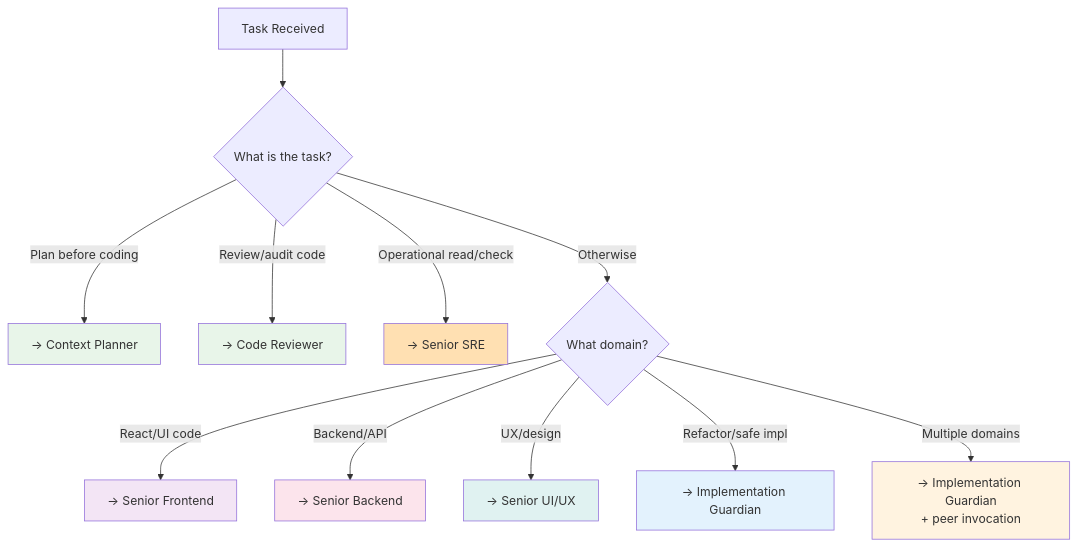
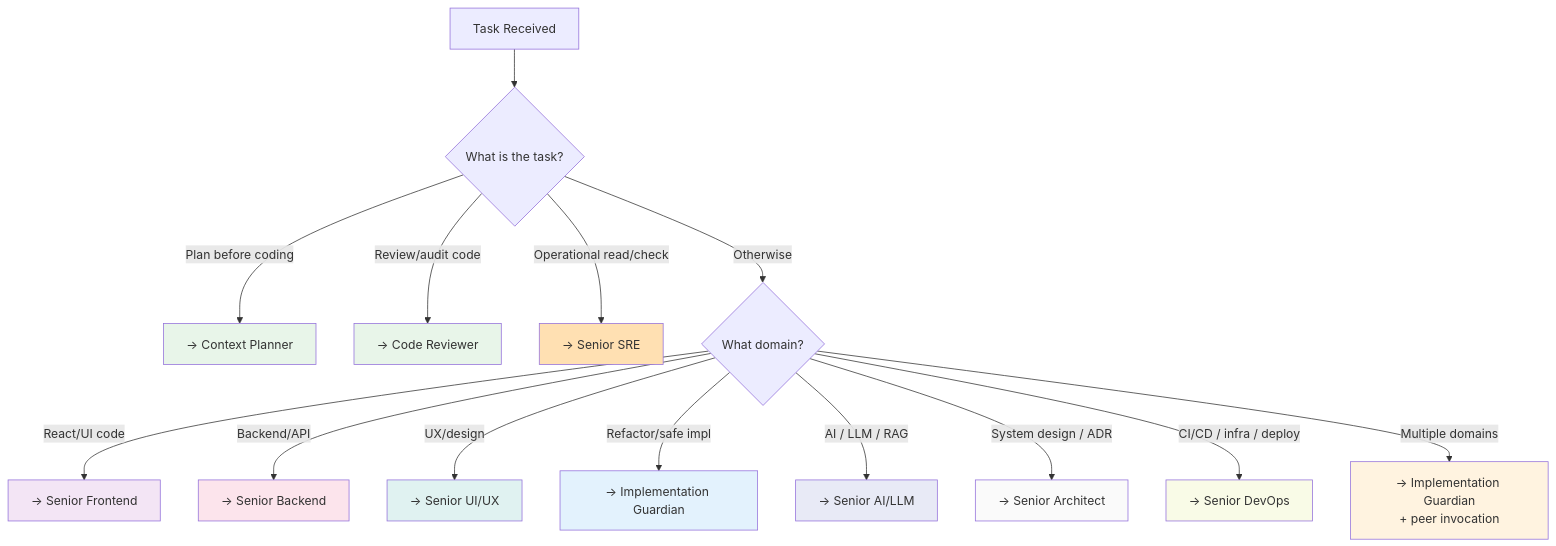
Before and after one commit to nabarros/AI-Engineering-Platform: the second of 2 diagrams in docs/AGENT_CAPABILITY_MATRIX.md, drawn with Mermaid. The commit also changed other lines of this file and 23 other files, not shown here.

````diff
--- a/docs/AGENT_CAPABILITY_MATRIX.md
+++ b/docs/AGENT_CAPABILITY_MATRIX.md
@@ -75,24 +96,30 @@
 ```mermaid
 flowchart TD
     A["Task Received"] --> B{"What is the task?"}
     
     B -->|Plan before coding| C["→ Context Planner"]
     B -->|Review/audit code| D["→ Code Reviewer"]
     B -->|Operational read/check| E["→ Senior SRE"]
     B -->|Otherwise| F{"What domain?"}
     
     F -->|React/UI code| G["→ Senior Frontend"]
     F -->|Backend/API| H["→ Senior Backend"]
     F -->|UX/design| I["→ Senior UI/UX"]
     F -->|Refactor/safe impl| J["→ Implementation Guardian"]
-    F -->|Multiple domains| K["→ Implementation Guardian<br/>+ peer invocation"]
+    F -->|AI / LLM / RAG| K["→ Senior AI/LLM"]
+    F -->|System design / ADR| L["→ Senior Architect"]
+    F -->|CI/CD / infra / deploy| M["→ Senior DevOps"]
+    F -->|Multiple domains| N["→ Implementation Guardian<br/>+ peer invocation"]
     
     style C fill:#e8f5e9
     style D fill:#e8f5e9
     style E fill:#ffe0b2
     style G fill:#f3e5f5
     style H fill:#fce4ec
     style I fill:#e0f2f1
     style J fill:#e3f2fd
-    style K fill:#fff3e0
+    style K fill:#e8eaf6
+    style L fill:#fafafa
+    style M fill:#f9fbe7
+    style N fill:#fff3e0
 ```
````
